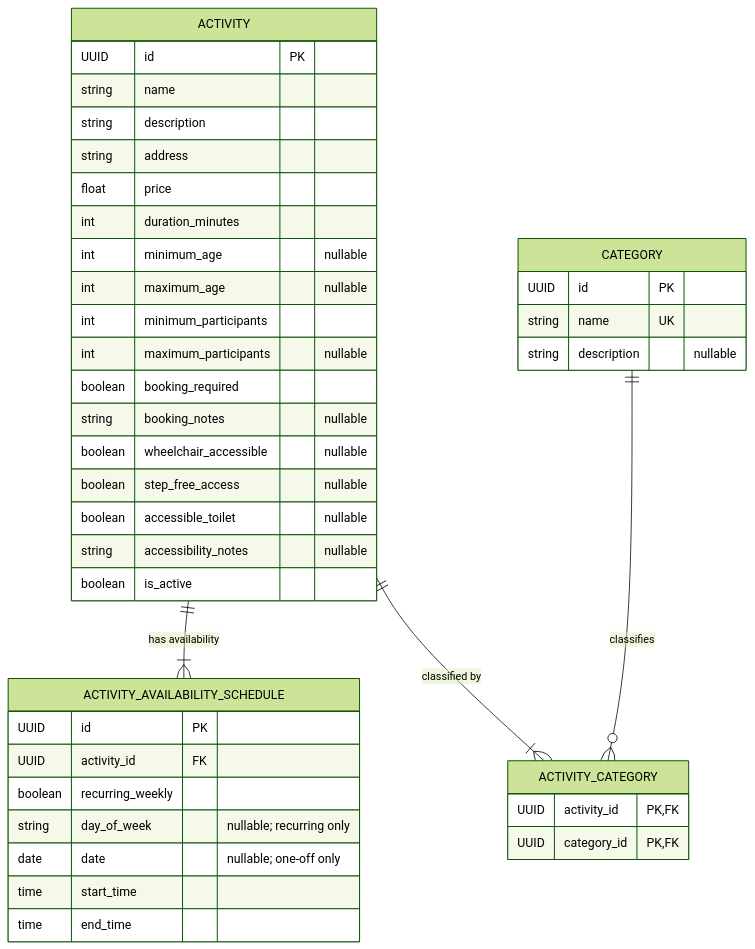
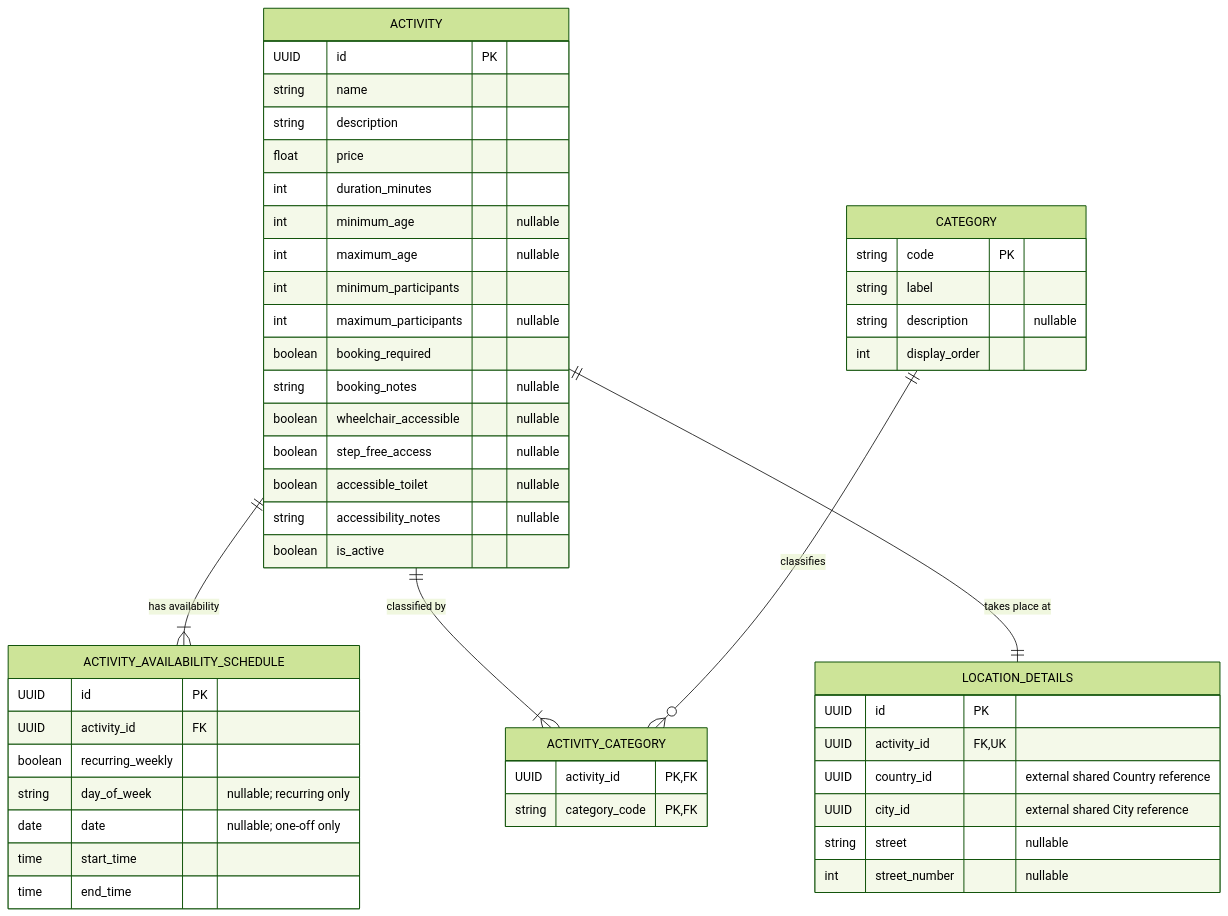
One commit to JulianKirk/TripGenie changed the diagram in student-4/docs/object-model.md. Above: the diagram before and after it, drawn with Mermaid (forest theme). The commit also changed other lines of this file and 6 other files, not shown here.

Commit message:
Added graphify stuff

````diff
--- a/student-4/docs/object-model.md
+++ b/student-4/docs/object-model.md
@@ -185,47 +221,57 @@
 ```mermaid
 erDiagram
     ACTIVITY ||--|{ ACTIVITY_AVAILABILITY_SCHEDULE : "has availability"
     ACTIVITY ||--|{ ACTIVITY_CATEGORY : "classified by"
+    ACTIVITY ||--|| LOCATION_DETAILS : "takes place at"
     CATEGORY ||--o{ ACTIVITY_CATEGORY : "classifies"
 
     ACTIVITY {
         UUID id PK
         string name
         string description
-        string address
         float price
         int duration_minutes
         int minimum_age "nullable"
         int maximum_age "nullable"
         int minimum_participants
         int maximum_participants "nullable"
         boolean booking_required
         string booking_notes "nullable"
         boolean wheelchair_accessible "nullable"
         boolean step_free_access "nullable"
         boolean accessible_toilet "nullable"
         string accessibility_notes "nullable"
         boolean is_active
     }
 
+    LOCATION_DETAILS {
+        UUID id PK
+        UUID activity_id FK, UK
+        UUID country_id "external shared Country reference"
+        UUID city_id "external shared City reference"
+        string street "nullable"
+        int street_number "nullable"
+    }
+
     ACTIVITY_AVAILABILITY_SCHEDULE {
         UUID id PK
         UUID activity_id FK
         boolean recurring_weekly
         string day_of_week "nullable; recurring only"
         date date "nullable; one-off only"
         time start_time
         time end_time
     }
 
     CATEGORY {
-        UUID id PK
-        string name UK
+        string code PK
+        string label
         string description "nullable"
+        int display_order
     }
 
     ACTIVITY_CATEGORY {
         UUID activity_id PK, FK
-        UUID category_id PK, FK
+        string category_code PK, FK
     }
 ```
````
